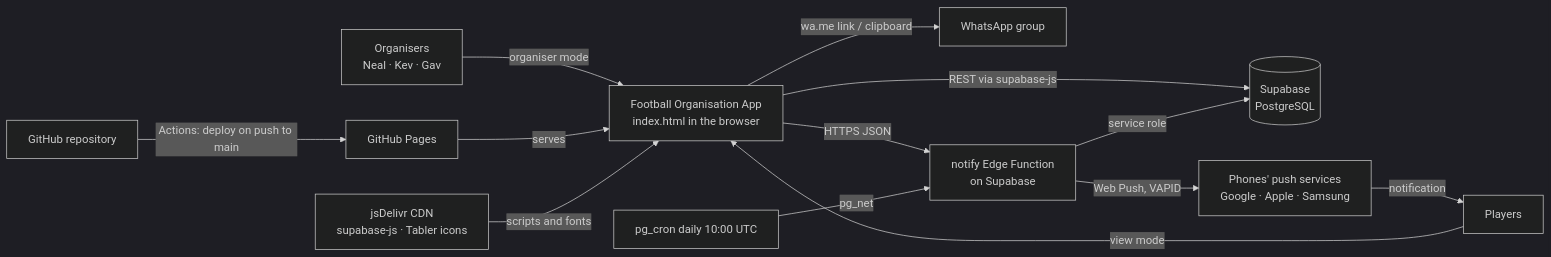
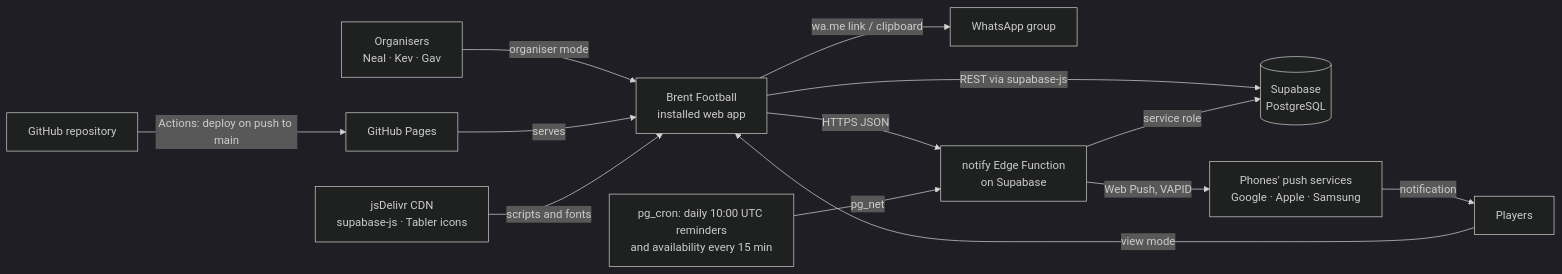
The first of 10 diagrams in docs/SOLUTION_DESIGN.md (nealpatel87np/FootballApp), drawn with Mermaid (dark theme) before and after one commit. The commit also changed other lines of this file, not shown here.

````diff
--- a/docs/SOLUTION_DESIGN.md
+++ b/docs/SOLUTION_DESIGN.md
@@ -235,16 +246,16 @@
 ```mermaid
 flowchart LR
   O[Organisers<br/>Neal · Kev · Gav] -- organiser mode --> APP
   P[Players] -- view mode --> APP
-  APP[Football Organisation App<br/>index.html in the browser]
+  APP[Brent Football<br/>installed web app]
   APP -- REST via supabase-js --> DB[(Supabase<br/>PostgreSQL)]
   APP -- wa.me link / clipboard --> WA[WhatsApp group]
   GH[GitHub repository] -- Actions: deploy on push to main --> PAGES[GitHub Pages]
   PAGES -- serves --> APP
   CDN[jsDelivr CDN<br/>supabase-js · Tabler icons] -- scripts and fonts --> APP
   APP -- HTTPS JSON --> FN[notify Edge Function<br/>on Supabase]
   FN -- service role --> DB
   FN -- Web Push, VAPID --> PUSH[Phones' push services<br/>Google · Apple · Samsung]
   PUSH -- notification --> P
-  CRON[pg_cron daily 10:00 UTC] -- pg_net --> FN
+  CRON[pg_cron: daily 10:00 UTC reminders<br/>and availability every 15 min] -- pg_net --> FN
 ```
````
